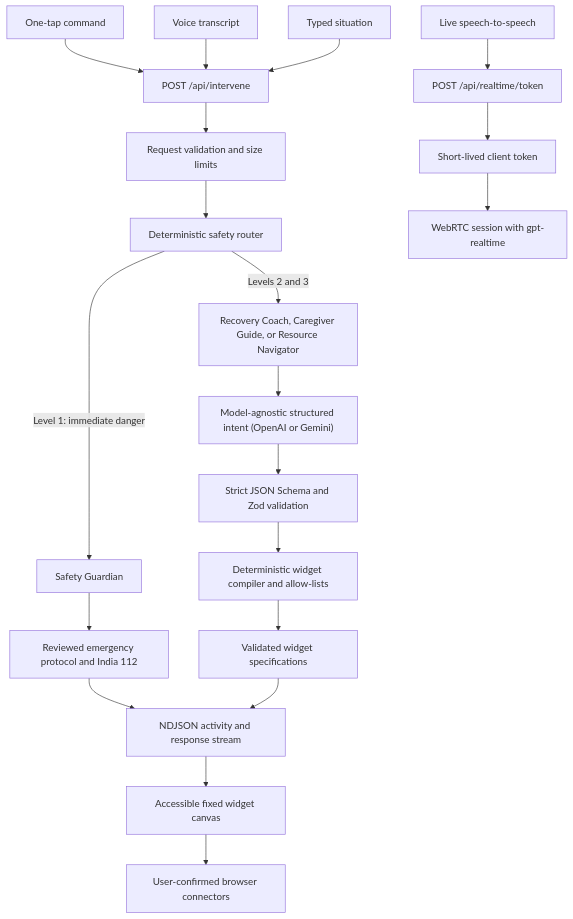
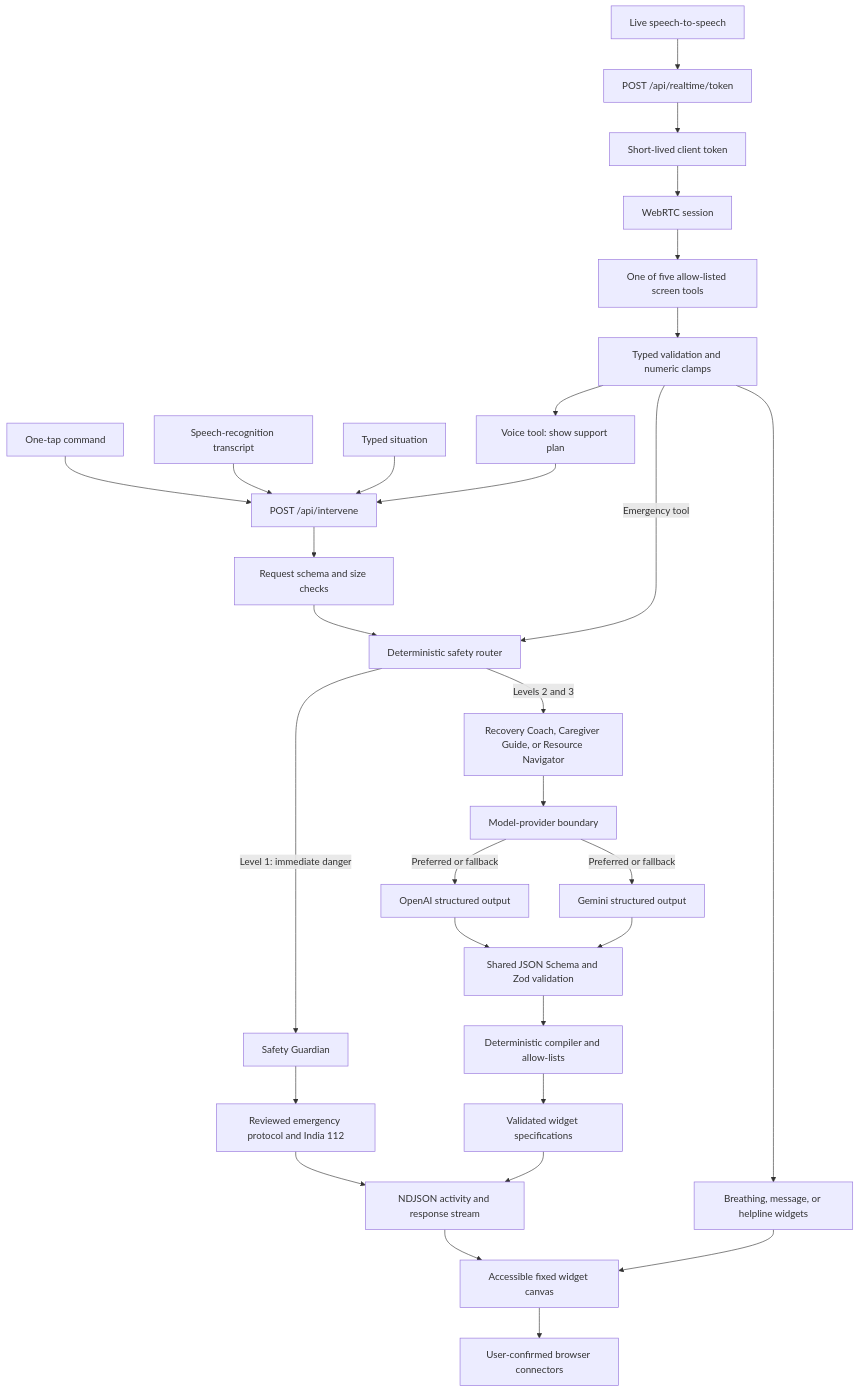
One commit to tsathya98/promptwars-chennai-2026 changed the diagram in README.md. Above: the diagram before and after it, drawn with Mermaid. The commit also changed other lines of this file and 6 other files, not shown here.

````diff
--- a/README.md
+++ b/README.md
@@ -119,27 +194,37 @@
 ```mermaid
 flowchart TB
     tap["One-tap command"] --> intervene["POST /api/intervene"]
-    transcript["Voice transcript"] --> intervene
+    transcript["Speech-recognition transcript"] --> intervene
     text["Typed situation"] --> intervene
+    voicePlan["Voice tool: show support plan"] --> intervene
 
-    intervene --> requestValidation["Request validation and size limits"]
+    intervene --> requestValidation["Request schema and size checks"]
     requestValidation --> safetyRouter["Deterministic safety router"]
 
     safetyRouter -->|"Level 1: immediate danger"| safetyGuardian["Safety Guardian"]
     safetyGuardian --> verifiedProtocol["Reviewed emergency protocol and India 112"]
 
     safetyRouter -->|"Levels 2 and 3"| specialist["Recovery Coach, Caregiver Guide, or Resource Navigator"]
-    specialist --> model["Model-agnostic structured intent (OpenAI or Gemini)"]
-    model --> schema["Strict JSON Schema and Zod validation"]
-    schema --> compiler["Deterministic widget compiler and allow-lists"]
+    specialist --> provider["Model-provider boundary"]
+    provider -->|"Preferred or fallback"| openai["OpenAI structured output"]
+    provider -->|"Preferred or fallback"| gemini["Gemini structured output"]
+    openai --> schema["Shared JSON Schema and Zod validation"]
+    gemini --> schema
+    schema --> compiler["Deterministic compiler and allow-lists"]
     compiler --> validatedWidgets["Validated widget specifications"]
 
     verifiedProtocol --> stream["NDJSON activity and response stream"]
     validatedWidgets --> stream
     stream --> canvas["Accessible fixed widget canvas"]
     canvas --> connectors["User-confirmed browser connectors"]
 
     liveVoice["Live speech-to-speech"] --> token["POST /api/realtime/token"]
     token --> ephemeral["Short-lived client token"]
-    ephemeral --> realtime["WebRTC session with gpt-realtime"]
+    ephemeral --> realtime["WebRTC session"]
+    realtime --> toolCall["One of five allow-listed screen tools"]
+    toolCall --> toolValidation["Typed validation and numeric clamps"]
+    toolValidation --> voiceWidgets["Breathing, message, or helpline widgets"]
+    toolValidation --> voicePlan
+    toolValidation -->|"Emergency tool"| safetyRouter
+    voiceWidgets --> canvas
 ```
````
